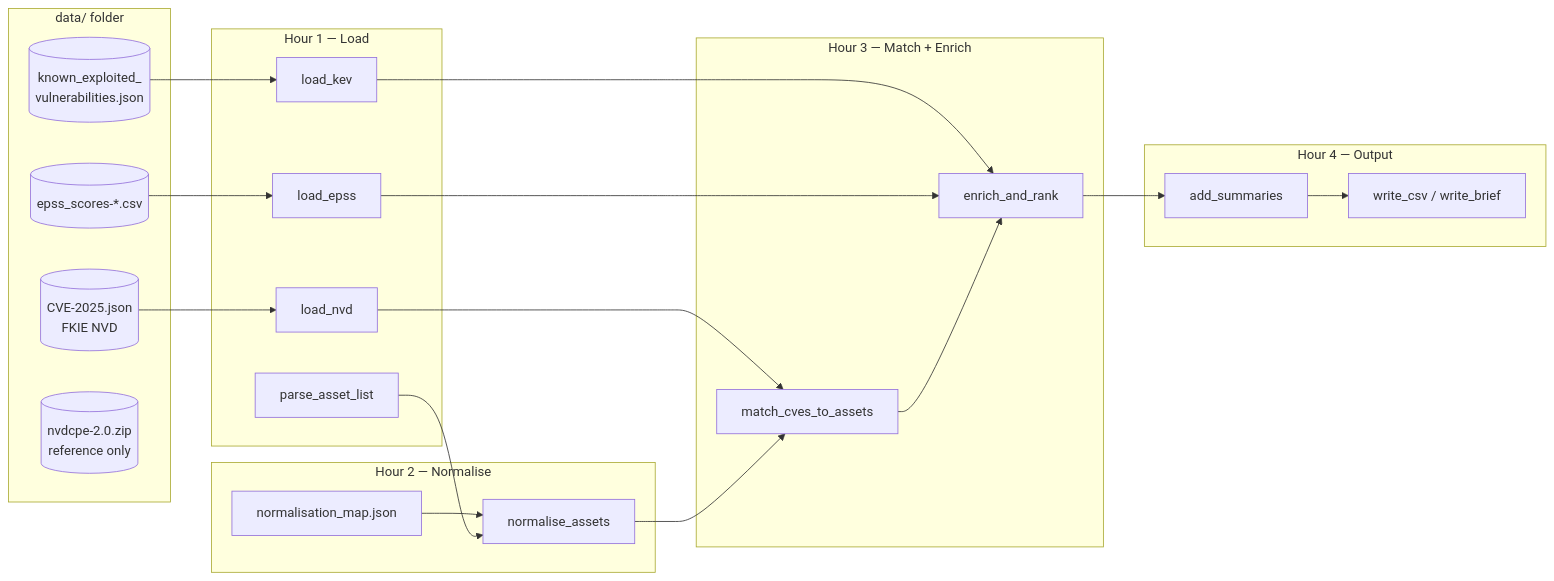
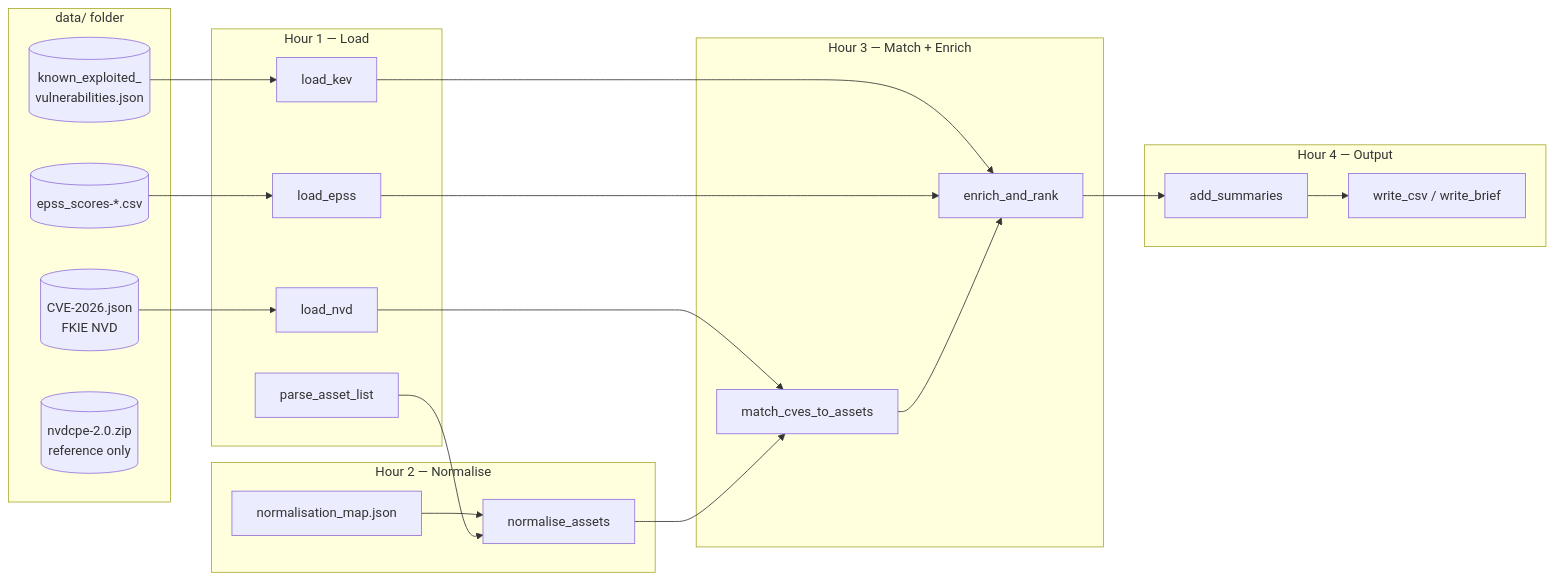
One commit to Tahir-Siddique/Hackathon2026 changed the second of 8 diagrams in DEMO.md. Above: the diagram before and after it, drawn with Mermaid. The commit also changed other lines of this file and 33 other files, not shown here.

Commit message:
Update data handling and UI for CVE-to-My-Stack Translator: change default NVD data file to CVE-2026.json, enhance criticality assessment logic, and improve presentation of results in the web UI. Update README and documentation to reflect changes in data sources and user interface enhancements.

````diff
--- a/DEMO.md
+++ b/DEMO.md
@@ -88,44 +88,44 @@
 ```mermaid
 flowchart LR
   subgraph data [data/ folder]
-    NVD[(CVE-2025.json<br/>FKIE NVD)]
+    NVD[(CVE-2026.json<br/>FKIE NVD)]
     KEV[(known_exploited_<br/>vulnerabilities.json)]
     EPSS[(epss_scores-*.csv)]
     CPE[(nvdcpe-2.0.zip<br/>reference only)]
   end
 
   subgraph hour1 [Hour 1 — Load]
     LK[load_kev]
     LE[load_epss]
     LN[load_nvd]
     PA[parse_asset_list]
   end
 
   subgraph hour2 [Hour 2 — Normalise]
     MAP[normalisation_map.json]
     NA[normalise_assets]
   end
 
   subgraph hour3 [Hour 3 — Match + Enrich]
     MC[match_cves_to_assets]
     ER[enrich_and_rank]
   end
 
   subgraph hour4 [Hour 4 — Output]
     SUM[add_summaries]
     EXP[write_csv / write_brief]
   end
 
   KEV --> LK
   EPSS --> LE
   NVD --> LN
   MAP --> NA
   LK --> ER
   LE --> ER
   LN --> MC
   PA --> NA
   NA --> MC
   MC --> ER
   ER --> SUM
   SUM --> EXP
 ```
````
